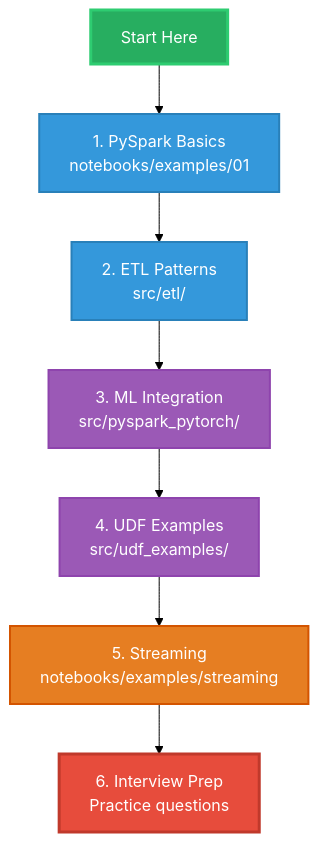
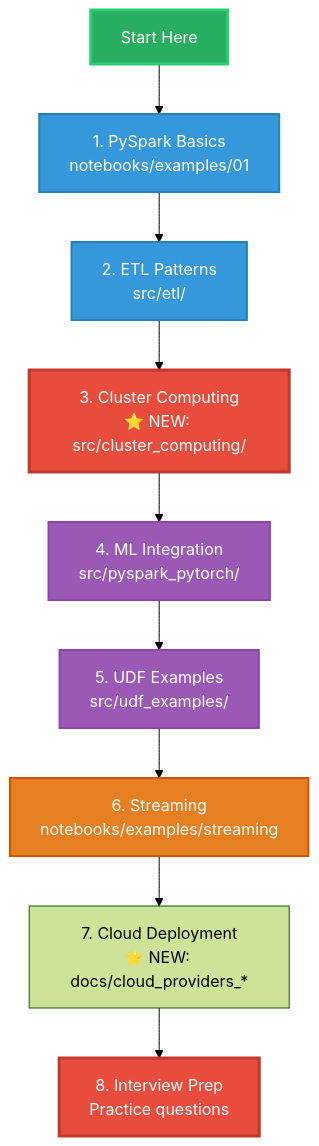
One commit to hkevin01/pyspark-coding changed the eighth of 12 diagrams in README.md. Above: the diagram before and after it, drawn with Mermaid (forest theme). The commit also changed other lines of this file and 1 other file, not shown here.

Commit message:
feat: Add comprehensive Cluster Computing package with 9 examples, GPU acceleration, and cloud provider comparisons

````diff
--- a/README.md
+++ b/README.md
@@ -789,17 +954,20 @@
 ```mermaid
 graph TD
     Start[Start Here] --> Basics[1. PySpark Basics<br/>notebooks/examples/01]
     Basics --> ETL[2. ETL Patterns<br/>src/etl/]
-    ETL --> ML[3. ML Integration<br/>src/pyspark_pytorch/]
-    ML --> UDF[4. UDF Examples<br/>src/udf_examples/]
-    UDF --> Streaming[5. Streaming<br/>notebooks/examples/streaming]
-    Streaming --> Interview[6. Interview Prep<br/>Practice questions]
+    ETL --> Cluster[3. Cluster Computing<br/>⭐ NEW: src/cluster_computing/]
+    Cluster --> ML[4. ML Integration<br/>src/pyspark_pytorch/]
+    ML --> UDF[5. UDF Examples<br/>src/udf_examples/]
+    UDF --> Streaming[6. Streaming<br/>notebooks/examples/streaming]
+    Streaming --> Cloud[7. Cloud Deployment<br/>⭐ NEW: docs/cloud_providers_*]
+    Cloud --> Interview[8. Interview Prep<br/>Practice questions]
     
     style Start fill:#27ae60,stroke:#2ecc71,stroke-width:3px,color:#fff
     style Basics fill:#3498db,stroke:#2980b9,stroke-width:2px,color:#fff
     style ETL fill:#3498db,stroke:#2980b9,stroke-width:2px,color:#fff
+    style Cluster fill:#e74c3c,stroke:#c0392b,stroke-width:3px,color:#fff
     style ML fill:#9b59b6,stroke:#8e44ad,stroke-width:2px,color:#fff
     style UDF fill:#9b59b6,stroke:#8e44ad,stroke-width:2px,color:#fff
     style Streaming fill:#e67e22,stroke:#d35400,stroke-width:2px,color:#fff
     style Interview fill:#e74c3c,stroke:#c0392b,stroke-width:3px,color:#fff
 ```
````
